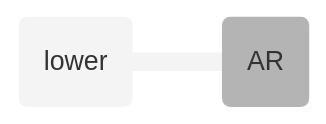
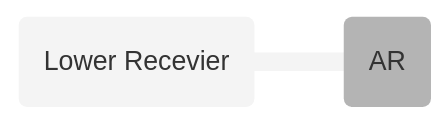
The diagram in README.md (seraphdoo/BuildingGun), drawn with Mermaid (neutral theme) before and after one commit.

````diff
--- a/README.md
+++ b/README.md
@@ -3,6 +3,6 @@
 ```mermaid
 
 mindmap
   root(AR)
-    lower(lower)
+    lower(Lower Recevier)
 ```
````
